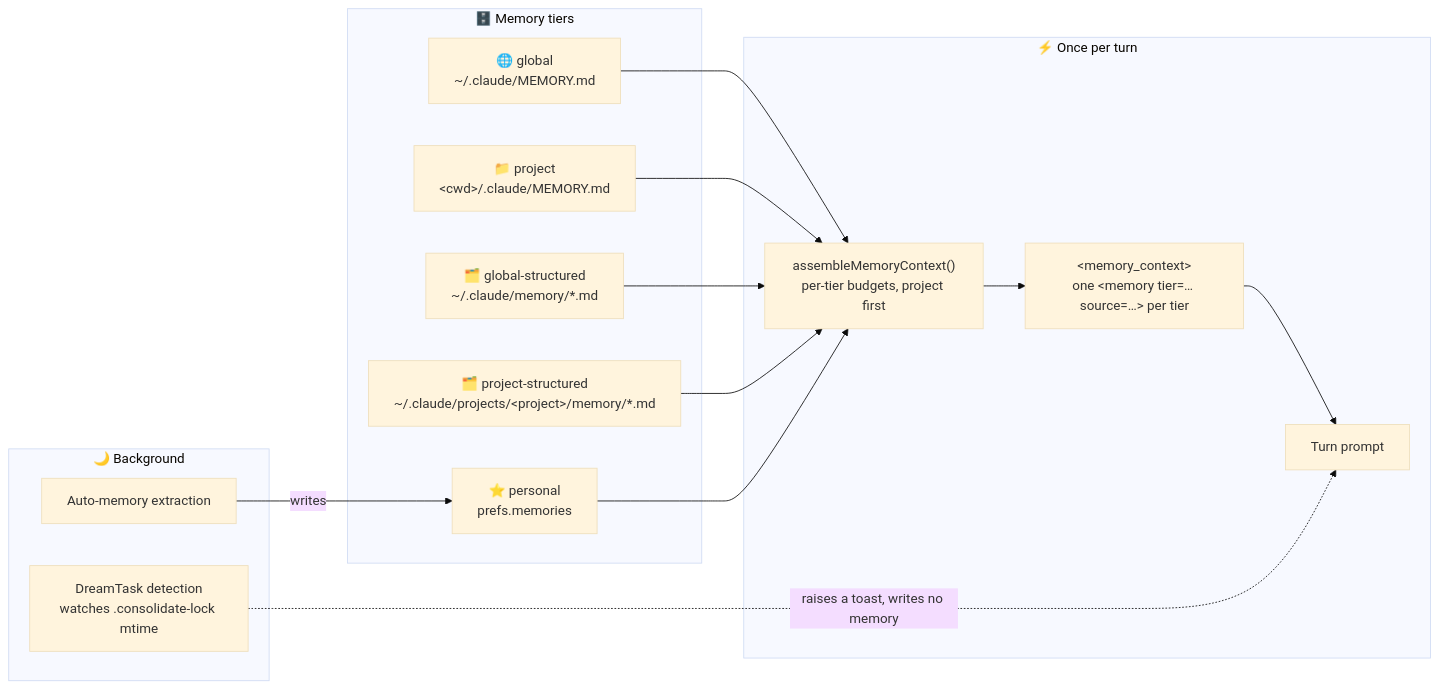
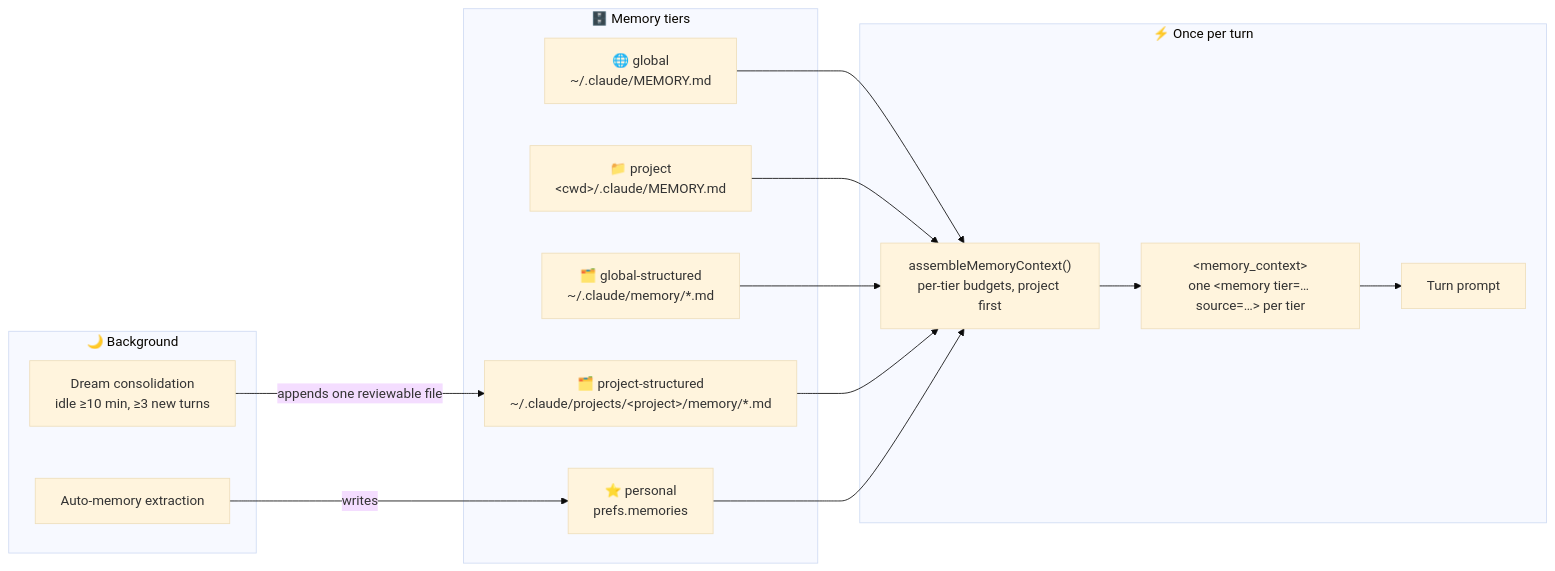
One commit to CipherSlinger/AIPA changed the fourth of 4 diagrams in README.md. Above: the diagram before and after it, drawn with Mermaid (base theme). The commit also changed other lines of this file and 31 other files, not shown here.

````diff
--- a/README.md
+++ b/README.md
@@ -580,26 +581,26 @@
 ```mermaid
 graph LR
     subgraph Stores["🗄️ Memory tiers"]
         GlobalDoc["🌐 global<br/>~/.claude/MEMORY.md"]
         ProjectDoc["📁 project<br/>&lt;cwd&gt;/.claude/MEMORY.md"]
         GlobalStructured["🗂️ global-structured<br/>~/.claude/memory/*.md"]
         ProjectStructured["🗂️ project-structured<br/>~/.claude/projects/&lt;project&gt;/memory/*.md"]
         Personal["⭐ personal<br/>prefs.memories"]
     end
 
     subgraph PerTurn["⚡ Once per turn"]
         Assemble["assembleMemoryContext()<br/>per-tier budgets, project first"]
         Context["&lt;memory_context&gt;<br/>one &lt;memory tier=… source=…&gt; per tier"]
         Prompt["Turn prompt"]
     end
 
     subgraph Background["🌙 Background"]
         Auto["Auto-memory extraction"]
-        Dream["DreamTask detection<br/>watches .consolidate-lock mtime"]
+        Dream["Dream consolidation<br/>idle ≥10 min, ≥3 new turns"]
     end
 
     Auto -->|writes| Personal
     GlobalDoc & ProjectDoc & GlobalStructured & ProjectStructured & Personal --> Assemble
     Assemble --> Context --> Prompt
-    Dream -.->|raises a toast, writes no memory| Prompt
+    Dream -->|appends one reviewable file| ProjectStructured
 ```
````
